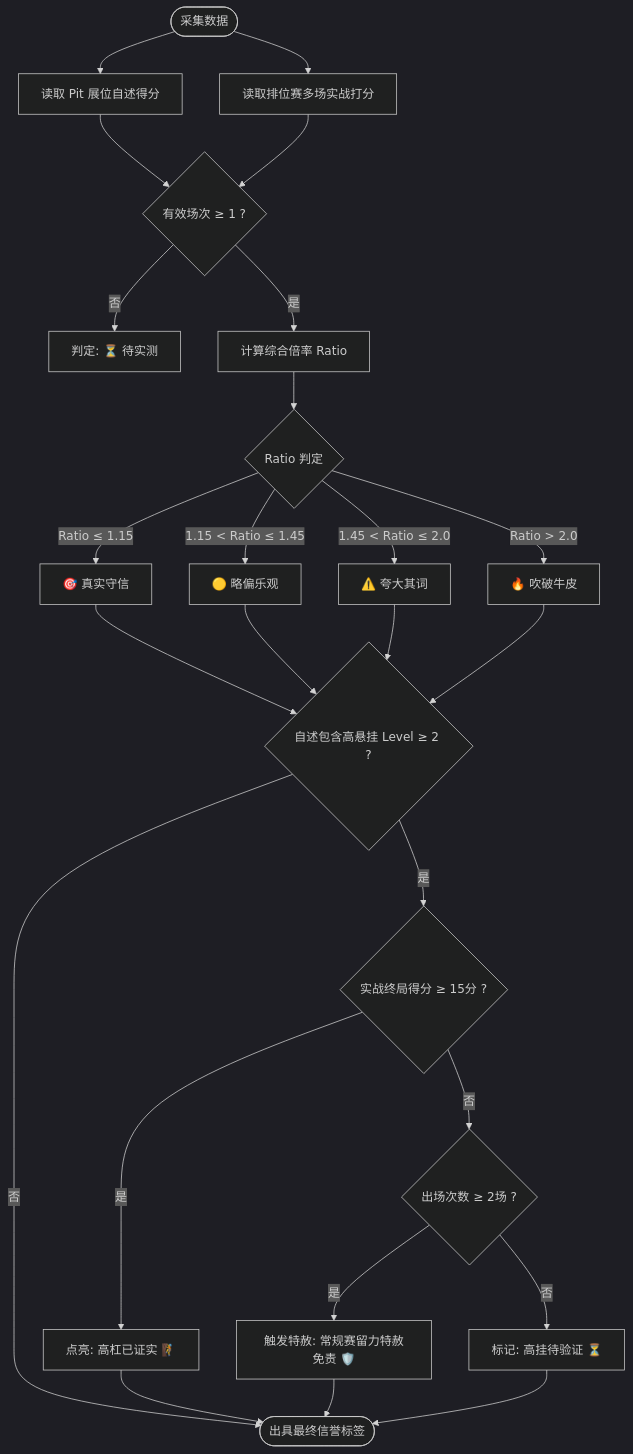
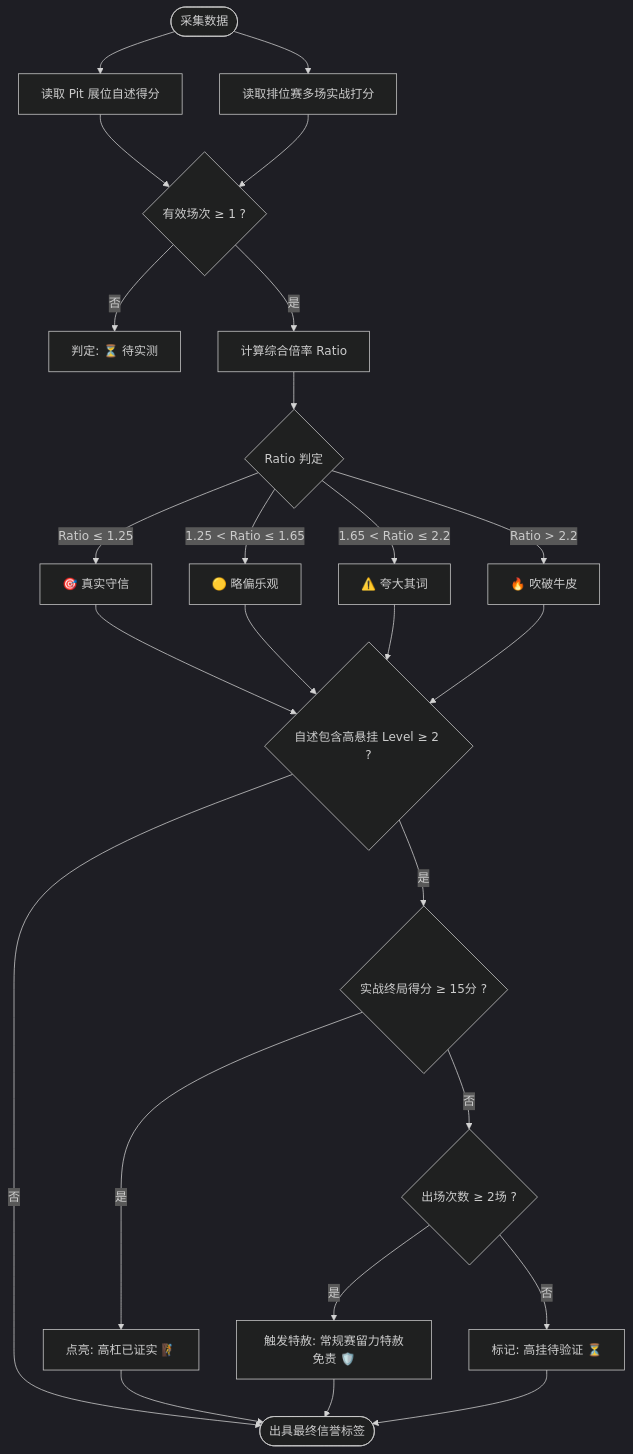
The fifth of 5 diagrams in README.md (Lucalmz/ScoutingPro27), drawn with Mermaid (dark theme) before and after one commit. The commit also changed other lines of this file and 140 other files, not shown here.

````diff
--- a/README.md
+++ b/README.md
@@ -373,30 +462,30 @@
 ```mermaid
 flowchart TD
     A([采集数据]) --> B[读取 Pit 展位自述得分]
     A --> C[读取排位赛多场实战打分]
     B --> D{有效场次 ≥ 1 ?}
     C --> D
     D -- 否 --> E[判定: ⏳ 待实测]
     D -- 是 --> F[计算综合倍率 Ratio]
     
     F --> G{Ratio 判定}
-    G -- "Ratio ≤ 1.15" --> T1[🎯 真实守信]
-    G -- "1.15 < Ratio ≤ 1.45" --> T2[🟡 略偏乐观]
-    G -- "1.45 < Ratio ≤ 2.0" --> T3[⚠️ 夸大其词]
-    G -- "Ratio > 2.0" --> T4[🔥 吹破牛皮]
+    G -- "Ratio ≤ 1.25" --> T1[🎯 真实守信]
+    G -- "1.25 < Ratio ≤ 1.65" --> T2[🟡 略偏乐观]
+    G -- "1.65 < Ratio ≤ 2.2" --> T3[⚠️ 夸大其词]
+    G -- "Ratio > 2.2" --> T4[🔥 吹破牛皮]
 
     T1 --> H{自述包含高悬挂 Level ≥ 2 ?}
     T2 --> H
     T3 --> H
     T4 --> H
     H -- 否 --> EndNode([出具最终信誉标签])
     H -- 是 --> I{实战终局得分 ≥ 15分 ?}
     I -- 是 --> J[点亮: 高杠已证实 🧗]
     I -- 否 --> K{出场次数 ≥ 2场 ?}
     K -- 是 --> L[触发特赦: 常规赛留力特赦免责 🛡️]
     K -- 否 --> M[标记: 高挂待验证 ⏳]
     
     J --> EndNode
     L --> EndNode
     M --> EndNode
 ```
````
